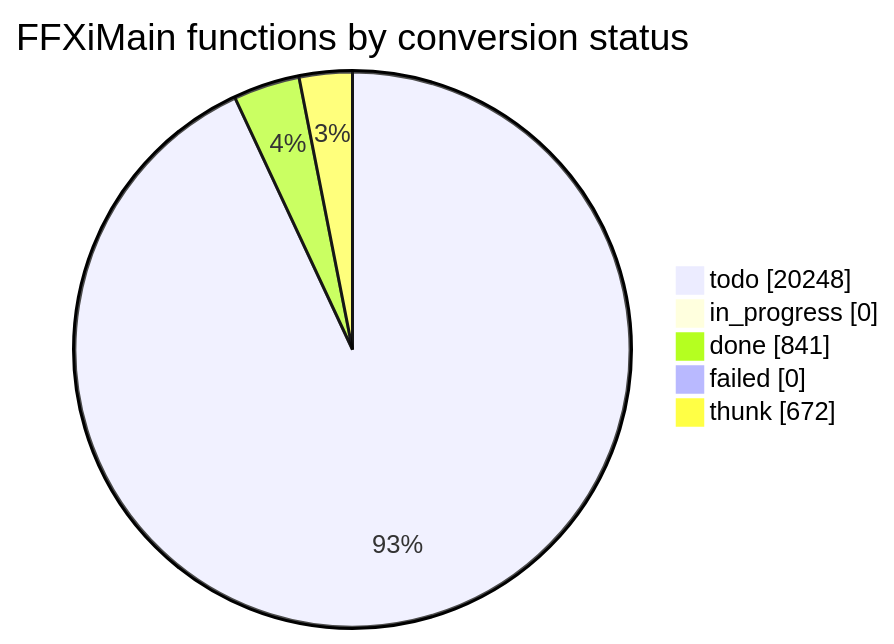
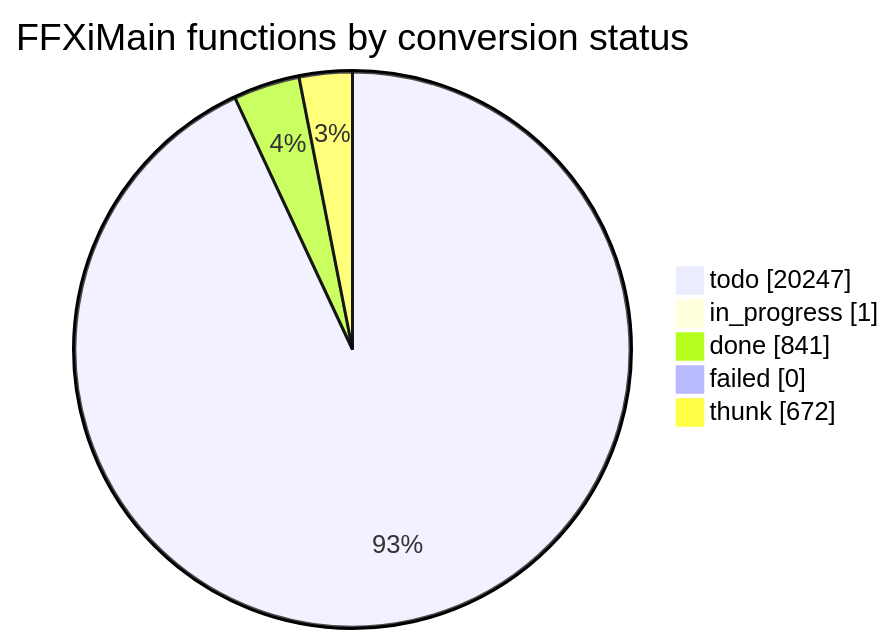
One commit to cowrevenge/cow_kuluu_xi_anything changed the diagram in docs/cow/STATUS.md. Above: the diagram before and after it, drawn with Mermaid. The commit also changed other lines of this file and 7 other files, not shown here.

````diff
--- a/docs/cow/STATUS.md
+++ b/docs/cow/STATUS.md
@@ -18,9 +18,9 @@
 ```mermaid
 pie showData
     title FFXiMain functions by conversion status
-    "todo" : 20248
-    "in_progress" : 0
+    "todo" : 20247
+    "in_progress" : 1
     "done" : 841
     "failed" : 0
     "thunk" : 672
 ```
````
